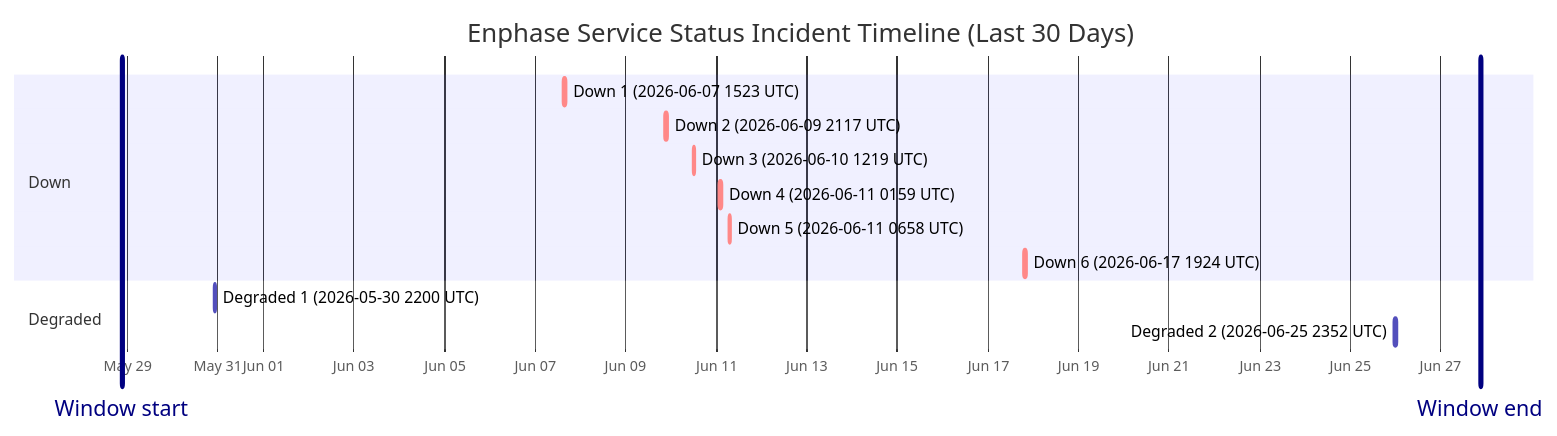
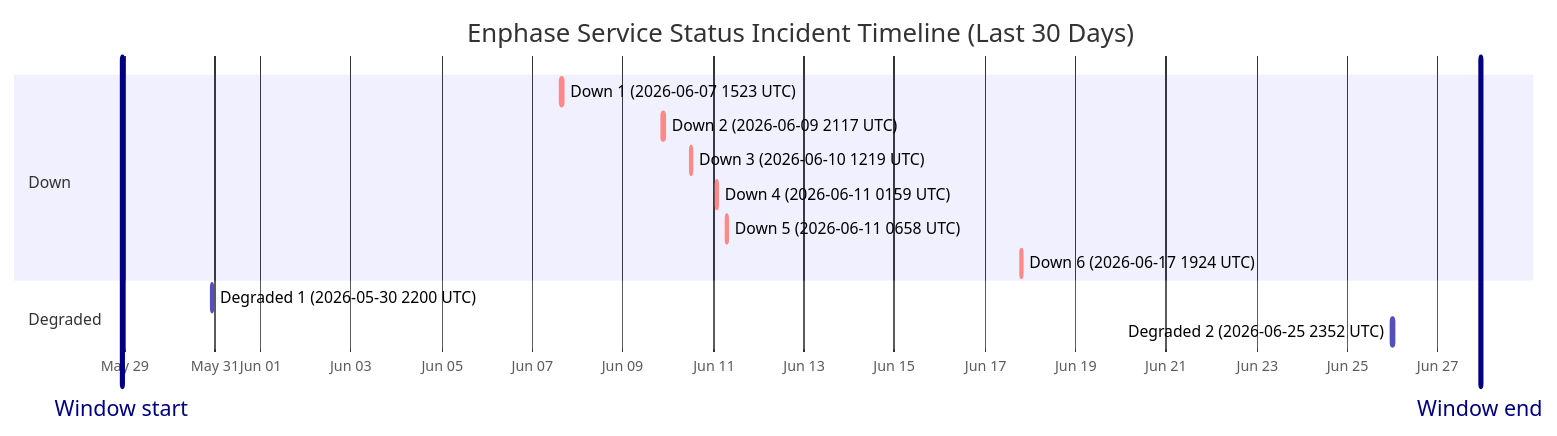
One commit to barneyonline/ha-enphase-energy changed the diagram in wiki/Service-Status-History.md. Above: the diagram before and after it, drawn with Mermaid. The commit also changed other lines of this file and 3 other files, not shown here.

````diff
--- a/wiki/Service-Status-History.md
+++ b/wiki/Service-Status-History.md
@@ -14,18 +14,18 @@
 ```mermaid
 gantt
     title Enphase Service Status Incident Timeline (Last 30 Days)
     dateFormat  YYYY-MM-DDTHH:mm:ss
     axisFormat  %b %d
-    Window start :vert, window-start, 2026-05-28T21:01:45, 0ms
-    Window end :vert, window-end, 2026-06-27T21:01:45, 0ms
+    Window start :vert, window-start, 2026-05-28T22:35:10, 0ms
+    Window end :vert, window-end, 2026-06-27T22:35:10, 0ms
     section Down
     Down 1 (2026-06-07 1523 UTC) :crit, down-1, 2026-06-07T15:23:22, 87m
     Down 2 (2026-06-09 2117 UTC) :crit, down-2, 2026-06-09T21:17:17, 60m
     Down 3 (2026-06-10 1219 UTC) :crit, down-3, 2026-06-10T12:19:21, 60m
     Down 4 (2026-06-11 0159 UTC) :crit, down-4, 2026-06-11T01:59:36, 60m
     Down 5 (2026-06-11 0658 UTC) :crit, down-5, 2026-06-11T06:58:45, 60m
     Down 6 (2026-06-17 1924 UTC) :crit, down-6, 2026-06-17T19:24:51, 60m
     section Degraded
     Degraded 1 (2026-05-30 2200 UTC) :active, degraded-1, 2026-05-30T22:00:37, 60m
     Degraded 2 (2026-06-25 2352 UTC) :active, degraded-2, 2026-06-25T23:52:01, 60m
 ```
````
